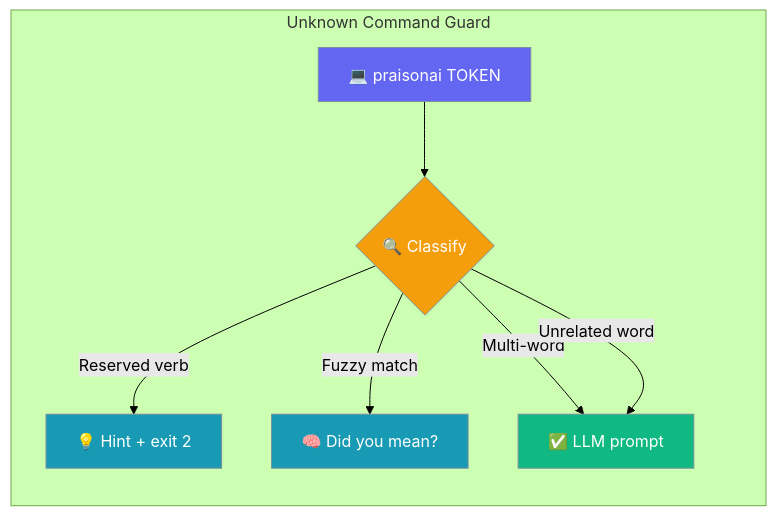
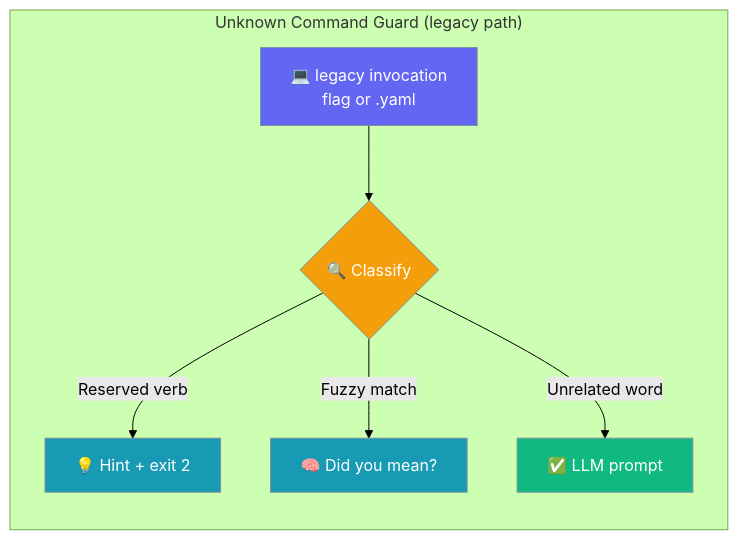
One commit to MervinPraison/PraisonAIDocs changed the second of 2 diagrams in docs/cli/cli.mdx. Above: the diagram before and after it, drawn with Mermaid (forest theme). The commit also changed other lines of this file and 4 other files, not shown here.

````diff
--- a/docs/cli/cli.mdx
+++ b/docs/cli/cli.mdx
@@ -65,20 +61,19 @@
 ```mermaid
 graph LR
-    subgraph "Unknown Command Guard"
-        A[💻 praisonai TOKEN] --> C{🔍 Classify}
+    subgraph "Unknown Command Guard (legacy path)"
+        A[💻 legacy invocation<br/>flag or .yaml] --> C{🔍 Classify}
         C -->|Reserved verb| H[💡 Hint + exit 2]
         C -->|Fuzzy match| S[🧠 Did you mean?]
-        C -->|Multi-word| P[✅ LLM prompt]
-        C -->|Unrelated word| P
+        C -->|Unrelated word| P[✅ LLM prompt]
     end
 
     classDef input fill:#6366F1,stroke:#7C90A0,color:#fff
     classDef gate fill:#F59E0B,stroke:#7C90A0,color:#fff
     classDef hint fill:#189AB4,stroke:#7C90A0,color:#fff
     classDef ok fill:#10B981,stroke:#7C90A0,color:#fff
 
     class A input
     class C gate
     class H,S hint
     class P ok
 ```
````
